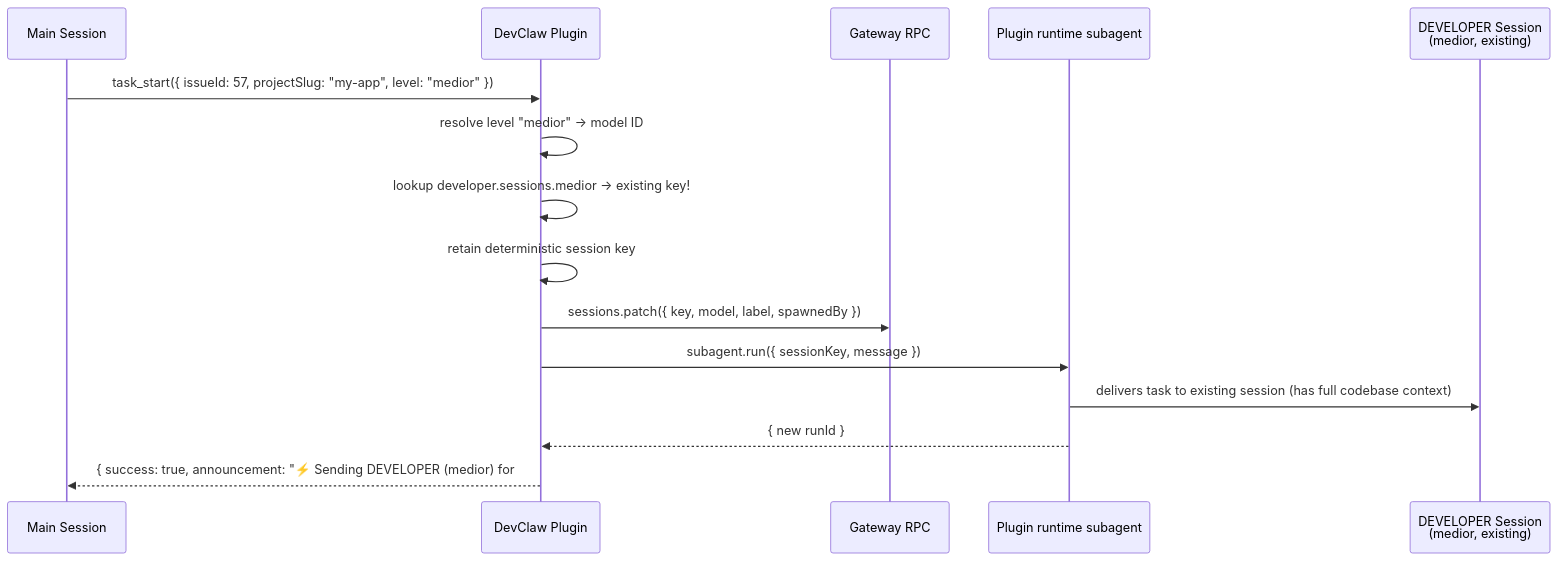
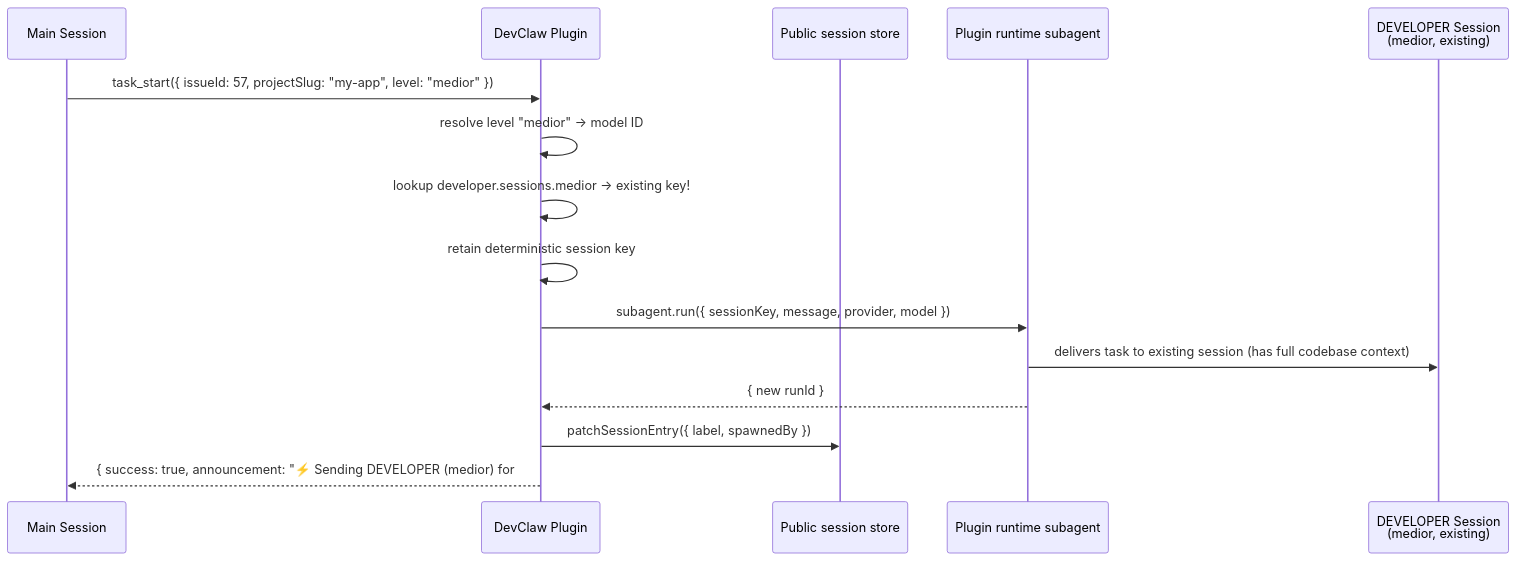
Before and after one commit to yaqub0r/devclaw: the fifth of 13 diagrams in docs/ARCHITECTURE.md, drawn with Mermaid. The commit also changed other lines of this file and 6 other files, not shown here.

Commit message:
fix: use public subagent runtime for dispatch (#248)

````diff
--- a/docs/ARCHITECTURE.md
+++ b/docs/ARCHITECTURE.md
@@ -280,18 +286,18 @@
 ```mermaid
 sequenceDiagram
     participant MS as Main Session
     participant DC as DevClaw Plugin
-    participant GW as Gateway RPC
+    participant META as Public session store
     participant SUB as Plugin runtime subagent
     participant DEV as DEVELOPER Session<br/>(medior, existing)
 
     MS->>DC: task_start({ issueId: 57, projectSlug: "my-app", level: "medior" })
     DC->>DC: resolve level "medior" → model ID
     DC->>DC: lookup developer.sessions.medior → existing key!
     DC->>DC: retain deterministic session key
-    DC->>GW: sessions.patch({ key, model, label, spawnedBy })
-    DC->>SUB: subagent.run({ sessionKey, message })
+    DC->>SUB: subagent.run({ sessionKey, message, provider, model })
     SUB->>DEV: delivers task to existing session (has full codebase context)
     SUB-->>DC: { new runId }
+    DC->>META: patchSessionEntry({ label, spawnedBy })
     DC-->>MS: { success: true, announcement: "⚡ Sending DEVELOPER (medior) for #57" }
 ```
````
